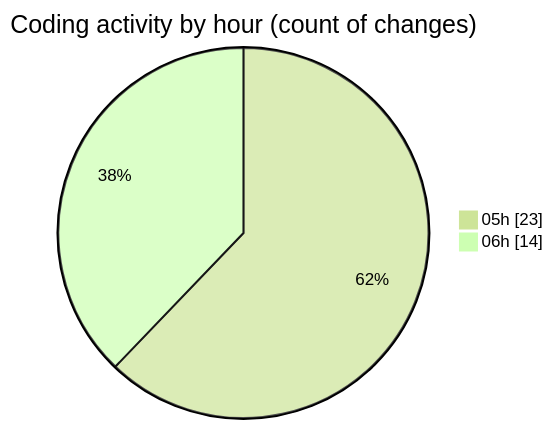
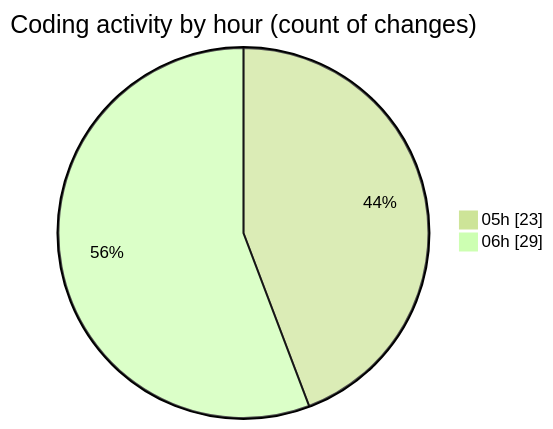
One commit to FixMe24/code-tracking changed the second of 2 diagrams in 2025-05-21/fixme24/README.md. Above: the diagram before and after it, drawn with Mermaid (forest theme). The commit also changed other lines of this file and 1 other file, not shown here.

````diff
--- a/2025-05-21/fixme24/README.md
+++ b/2025-05-21/fixme24/README.md
@@ -45,6 +52,6 @@
 ```mermaid
 pie showData
 title Coding activity by hour (count of changes)
 "05h" : 23
-"06h" : 14
+"06h" : 29
 ```
````
